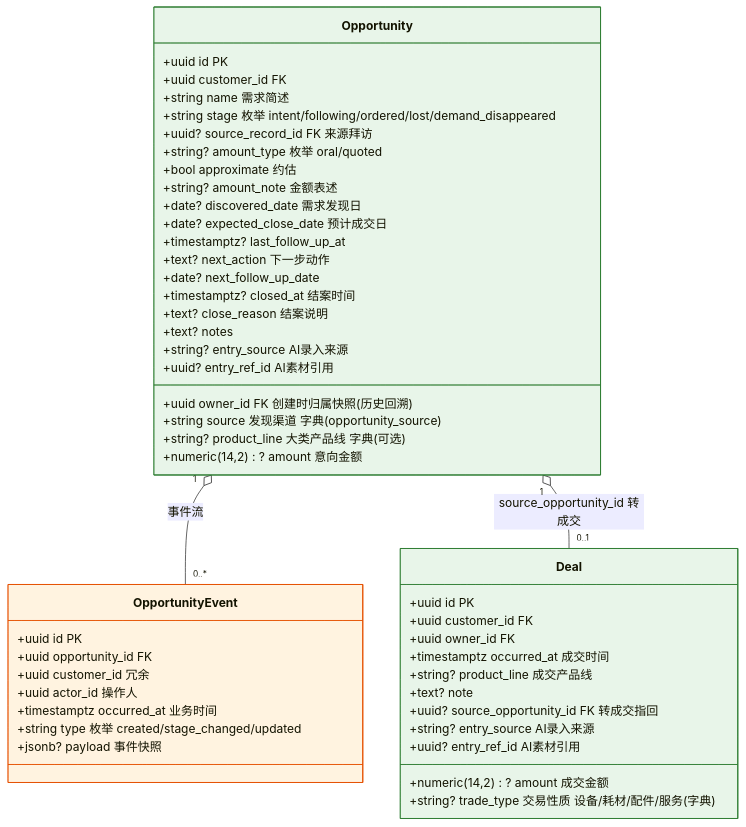
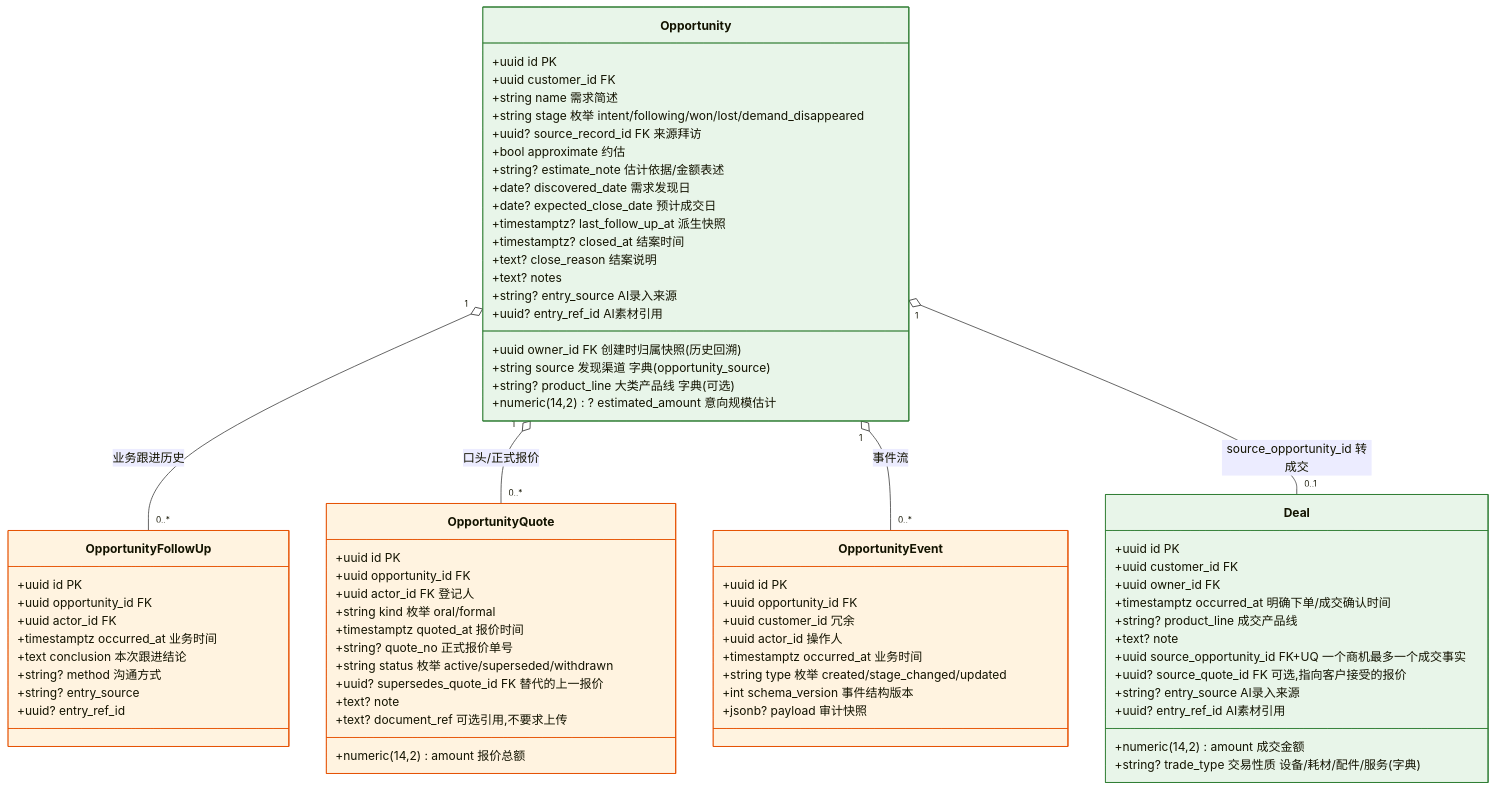
Before and after one commit to lixiname/LITECRM: the second of 26 diagrams in docs/重构架构决策与实施蓝图.md, drawn with Mermaid. The commit also changed other lines of this file and 8 other files, not shown here.

````diff
--- a/docs/重构架构决策与实施蓝图.md
+++ b/docs/重构架构决策与实施蓝图.md
@@ -438,54 +460,80 @@
 ```mermaid
 classDiagram
     class Opportunity {
         +uuid id PK
         +uuid customer_id FK
         +uuid owner_id FK 创建时归属快照(历史回溯)
         +string name 需求简述
-        +string stage 枚举 intent/following/ordered/lost/demand_disappeared
+        +string stage 枚举 intent/following/won/lost/demand_disappeared
         +string source 发现渠道 字典(opportunity_source)
         +string? product_line 大类产品线 字典(可选)
         +uuid? source_record_id FK 来源拜访
-        +string? amount_type 枚举 oral/quoted
-        +numeric(14,2)? amount 意向金额
+        +numeric(14,2)? estimated_amount 意向规模估计
         +bool approximate 约估
-        +string? amount_note 金额表述
+        +string? estimate_note 估计依据/金额表述
         +date? discovered_date 需求发现日
         +date? expected_close_date 预计成交日
-        +timestamptz? last_follow_up_at
-        +text? next_action 下一步动作
-        +date? next_follow_up_date
+        +timestamptz? last_follow_up_at 派生快照
         +timestamptz? closed_at 结案时间
         +text? close_reason 结案说明
         +text? notes
         +string? entry_source AI录入来源
         +uuid? entry_ref_id AI素材引用
+    }
+    class OpportunityFollowUp {
+        +uuid id PK
+        +uuid opportunity_id FK
+        +uuid actor_id FK
+        +timestamptz occurred_at 业务时间
+        +text conclusion 本次跟进结论
+        +string? method 沟通方式
+        +string? entry_source
+        +uuid? entry_ref_id
+    }
+    class OpportunityQuote {
+        +uuid id PK
+        +uuid opportunity_id FK
+        +uuid actor_id FK 登记人
+        +string kind 枚举 oral/formal
+        +timestamptz quoted_at 报价时间
+        +numeric(14,2) amount 报价总额
+        +string? quote_no 正式报价单号
+        +string status 枚举 active/superseded/withdrawn
+        +uuid? supersedes_quote_id FK 替代的上一报价
+        +text? note
+        +text? document_ref 可选引用,不要求上传
     }
     class OpportunityEvent {
         +uuid id PK
         +uuid opportunity_id FK
         +uuid customer_id 冗余
         +uuid actor_id 操作人
         +timestamptz occurred_at 业务时间
         +string type 枚举 created/stage_changed/updated
-        +jsonb? payload 事件快照
+        +int schema_version 事件结构版本
+        +jsonb? payload 审计快照
     }
     class Deal {
         +uuid id PK
         +uuid customer_id FK
         +uuid owner_id FK
-        +timestamptz occurred_at 成交时间
-        +numeric(14,2)? amount 成交金额
+        +timestamptz occurred_at 明确下单/成交确认时间
+        +numeric(14,2) amount 成交金额
         +string? product_line 成交产品线
         +string? trade_type 交易性质 设备/耗材/配件/服务(字典)
         +text? note
-        +uuid? source_opportunity_id FK 转成交指回
+        +uuid source_opportunity_id FK+UQ 一个商机最多一个成交事实
+        +uuid? source_quote_id FK 可选,指向客户接受的报价
         +string? entry_source AI录入来源
         +uuid? entry_ref_id AI素材引用
     }
+    Opportunity "1" o-- "0..*" OpportunityFollowUp : 业务跟进历史
+    Opportunity "1" o-- "0..*" OpportunityQuote : 口头/正式报价
     Opportunity "1" o-- "0..*" OpportunityEvent : 事件流
     Opportunity "1" o-- "0..1" Deal : source_opportunity_id 转成交
     style Opportunity fill:#e8f5e9,stroke:#2e7d32
     style Deal fill:#e8f5e9,stroke:#2e7d32
+    style OpportunityFollowUp fill:#fff3e0,stroke:#e65100
+    style OpportunityQuote fill:#fff3e0,stroke:#e65100
     style OpportunityEvent fill:#fff3e0,stroke:#e65100
 ```
````
